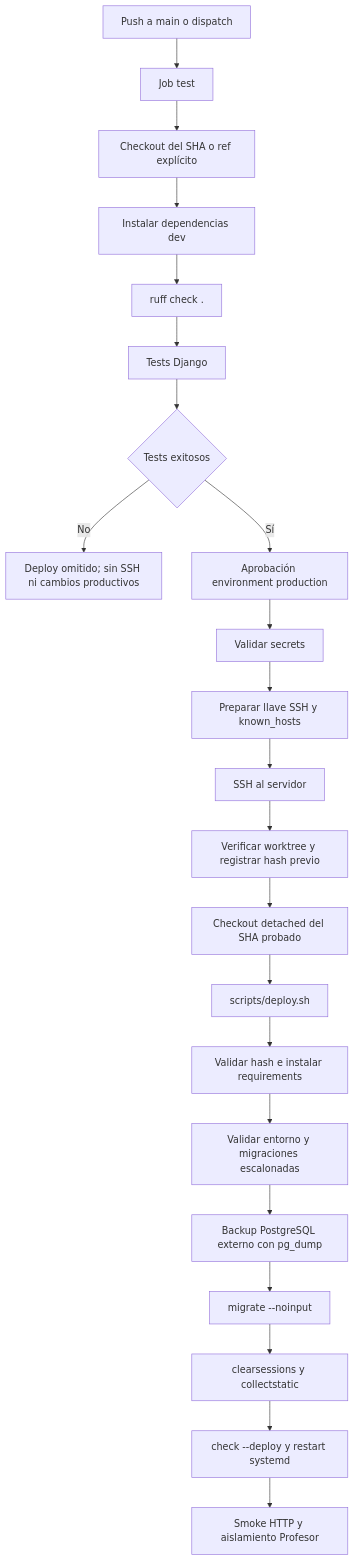
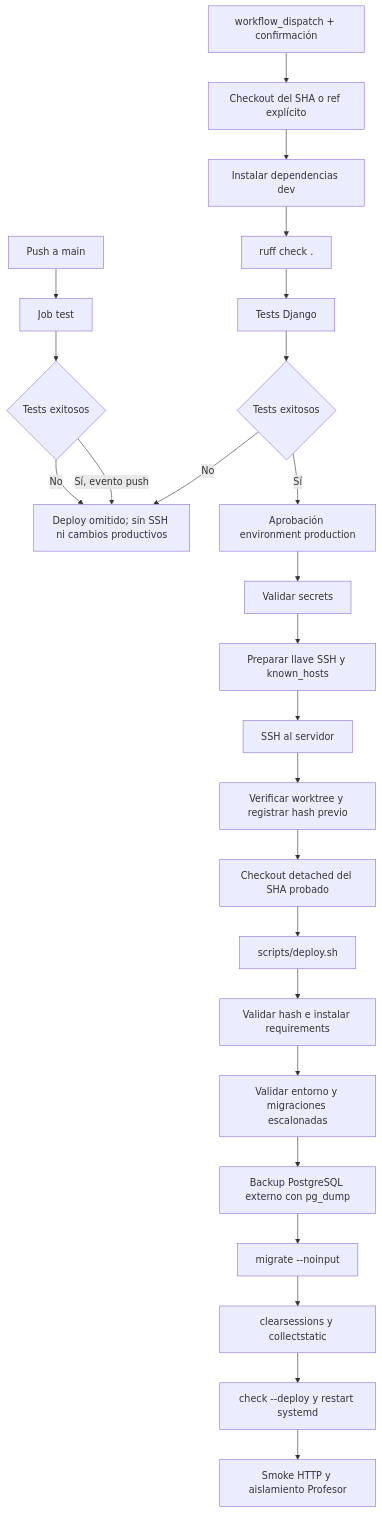
Before and after one commit to alvaroavx/avx-django-plataformaelemental: the diagram in docs/operacion/DEPLOY.md, drawn with Mermaid. The commit also changed other lines of this file and 6 other files, not shown here.

````diff
--- a/docs/operacion/DEPLOY.md
+++ b/docs/operacion/DEPLOY.md
@@ -236,24 +238,27 @@
 ```mermaid
 flowchart TD
-    A["Push a main o dispatch"] --> B["Job test"]
-    B --> C["Checkout del SHA o ref explícito"]
+    A["Push a main"] --> B["Job test"]
+    B --> G{"Tests exitosos"}
+    G -- "No" --> X["Deploy omitido; sin SSH ni cambios productivos"]
+    G -- "Sí, evento push" --> X
+    W["workflow_dispatch + confirmación"] --> C["Checkout del SHA o ref explícito"]
     C --> D["Instalar dependencias dev"]
     D --> E["ruff check ."]
     E --> F["Tests Django"]
-    F --> G{"Tests exitosos"}
-    G -- "No" --> X["Deploy omitido; sin SSH ni cambios productivos"]
-    G -- "Sí" --> Y["Aprobación environment production"]
-    Y --> H["Validar secrets"]
-    H --> I["Preparar llave SSH y known_hosts"]
+    F --> HD{"Tests exitosos"}
+    HD -- "No" --> X
+    HD -- "Sí" --> Y["Aprobación environment production"]
+    Y --> V["Validar secrets"]
+    V --> I["Preparar llave SSH y known_hosts"]
     I --> J["SSH al servidor"]
     J --> K["Verificar worktree y registrar hash previo"]
     K --> L["Checkout detached del SHA probado"]
     L --> M["scripts/deploy.sh"]
     M --> N["Validar hash e instalar requirements"]
     N --> O["Validar entorno y migraciones escalonadas"]
     O --> P["Backup PostgreSQL externo con pg_dump"]
     P --> Q["migrate --noinput"]
     Q --> R["clearsessions y collectstatic"]
     R --> S["check --deploy y restart systemd"]
     S --> T["Smoke HTTP y aislamiento Profesor"]
 ```
````
